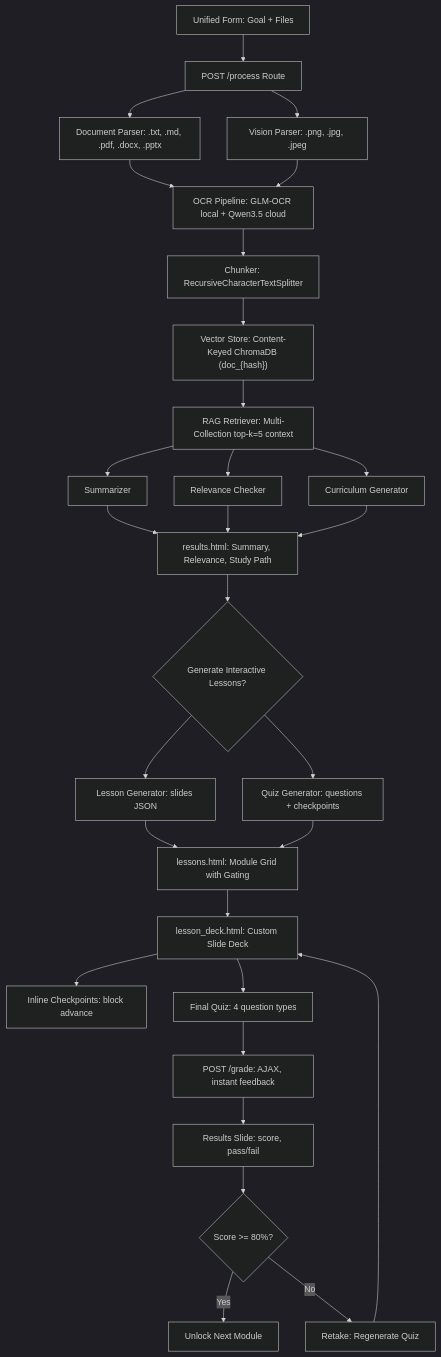
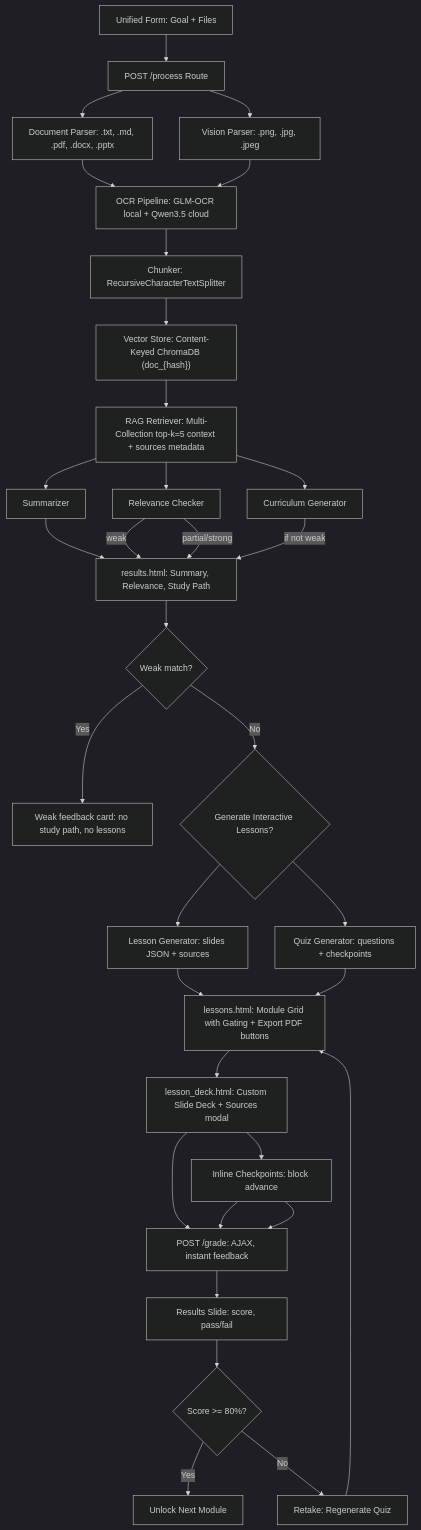
Before and after one commit to stephen-cpe/study-and-learn: the diagram in docs/DESIGN_AND_TESTING.md, drawn with Mermaid (dark theme). The commit also changed other lines of this file and 29 other files, not shown here.

````diff
--- a/docs/DESIGN_AND_TESTING.md
+++ b/docs/DESIGN_AND_TESTING.md
@@ -14,31 +14,35 @@
 ```mermaid
 flowchart TD
     A["Unified Form: Goal + Files"] --> B["POST /process Route"]
     B --> C["Document Parser: .txt, .md, .pdf, .docx, .pptx"]
     B --> C2["Vision Parser: .png, .jpg, .jpeg"]
     C --> C3["OCR Pipeline: GLM-OCR local + Qwen3.5 cloud"]
     C2 --> C3
     C3 --> D["Chunker: RecursiveCharacterTextSplitter"]
     D --> E["Vector Store: Content-Keyed ChromaDB (doc_{hash})"]
-    E --> F["RAG Retriever: Multi-Collection top-k=5 context"]
+    E --> F["RAG Retriever: Multi-Collection top-k=5 context + sources metadata"]
     F --> G["Summarizer"]
     F --> H["Relevance Checker"]
     F --> I["Curriculum Generator"]
     G --> J["results.html: Summary, Relevance, Study Path"]
-    H --> J
-    I --> J
-    J --> K{"Generate Interactive Lessons?"}
-    K --> L["Lesson Generator: slides JSON"]
-    K --> M["Quiz Generator: questions + checkpoints"]
-    L --> N["lessons.html: Module Grid with Gating"]
-    M --> N
-    N --> O["lesson_deck.html: Custom Slide Deck"]
-    O --> P["Inline Checkpoints: block advance"]
-    O --> Q["Final Quiz: 4 question types"]
+    H -->|weak| J
+    H -->|partial/strong| J
+    I -->|if not weak| J
+    J --> K{"Weak match?"}
+    K -->|Yes| K2["Weak feedback card: no study path, no lessons"]
+    K -->|No| L{"Generate Interactive Lessons?"}
+    L --> M["Lesson Generator: slides JSON + sources"]
+    L --> N["Quiz Generator: questions + checkpoints"]
+    M --> O["lessons.html: Module Grid with Gating + Export PDF buttons"]
+    N --> O
+    O --> P["lesson_deck.html: Custom Slide Deck + Sources modal"]
+    P --> Q["Inline Checkpoints: block advance"]
+    P --> R["Final Quiz: 4 question types"]
+    Q --> R
     Q --> R["POST /grade: AJAX, instant feedback"]
     R --> S["Results Slide: score, pass/fail"]
     S --> T{"Score >= 80%?"}
     T -->|Yes| U["Unlock Next Module"]
     T -->|No| V["Retake: Regenerate Quiz"]
     V --> O
 ```
````
